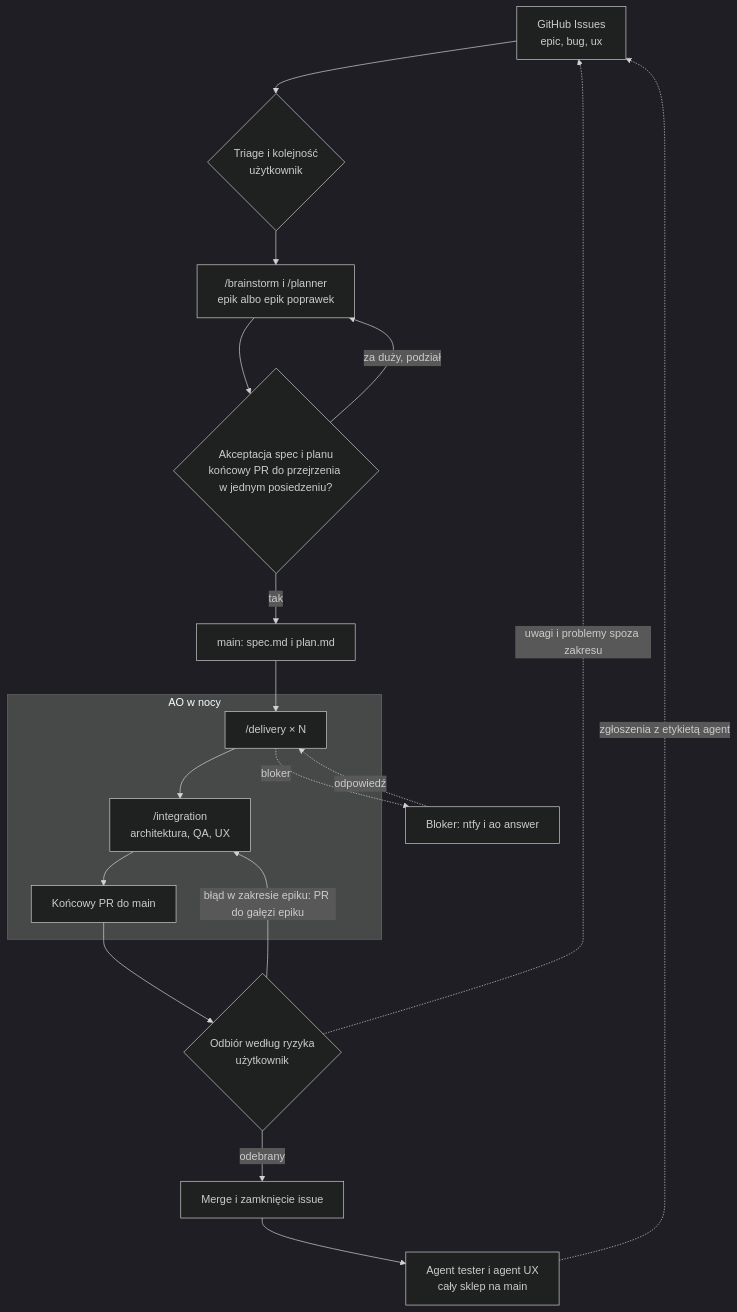
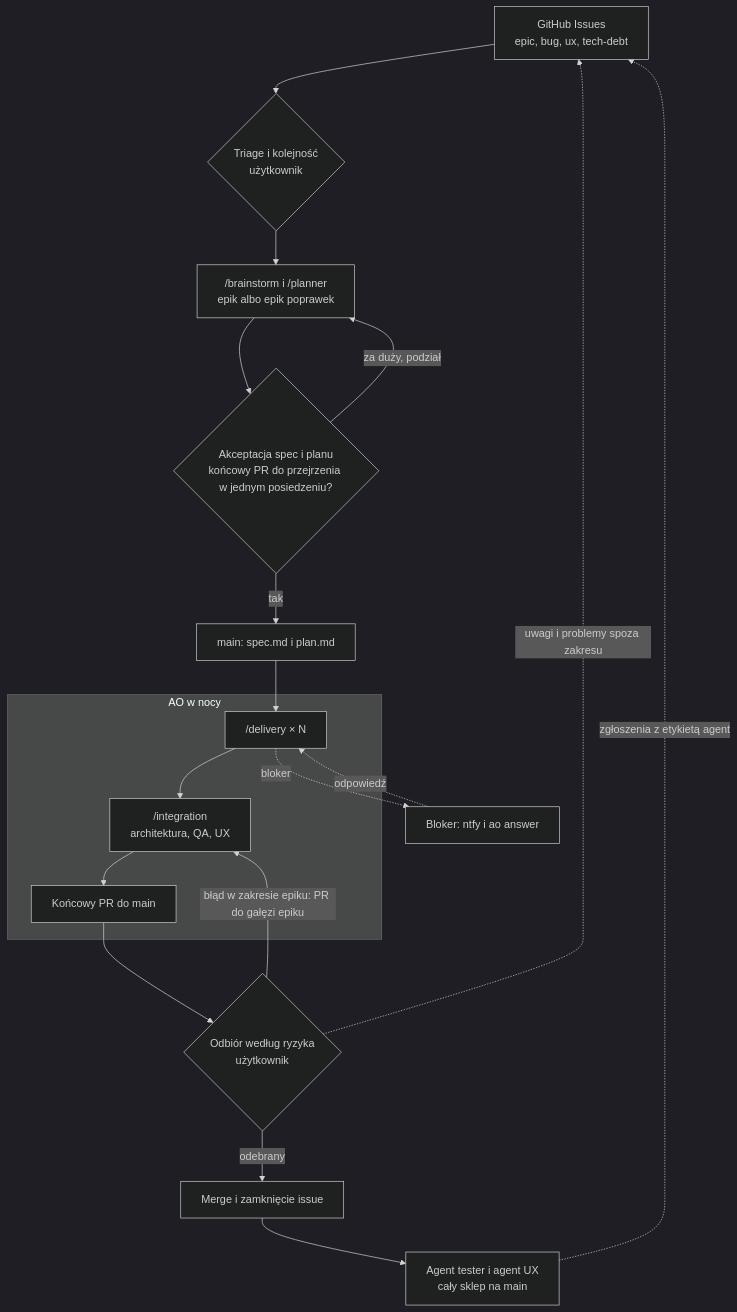
Before and after one commit to piotrp321/shop: the diagram in docs/features/agentic-software-house/plan.md, drawn with Mermaid (dark theme). The commit also changed 3 other files, not shown here.

````diff
--- a/docs/features/agentic-software-house/plan.md
+++ b/docs/features/agentic-software-house/plan.md
@@ -52,25 +52,25 @@
 ```mermaid
 flowchart TB
-    issues[GitHub Issues<br/>epic, bug, ux]
+    issues[GitHub Issues<br/>epic, bug, ux, tech-debt]
     triage{Triage i kolejność<br/>użytkownik}
     prep["/brainstorm i /planner<br/>epik albo epik poprawek"]
     accept{"Akceptacja spec i planu<br/>końcowy PR do przejrzenia w jednym posiedzeniu?"}
     onmain[main: spec.md i plan.md]
     subgraph night[AO w nocy]
         delivery["/delivery × N"] --> integration["/integration<br/>architektura, QA, UX"] --> finalpr[Końcowy PR do main]
     end
     blocker[Bloker: ntfy i ao answer]
     review{Odbiór według ryzyka<br/>użytkownik}
     merge[Merge i zamknięcie issue]
     sweep[Agent tester i agent UX<br/>cały sklep na main]
 
     issues --> triage --> prep --> accept
     accept -- za duży, podział --> prep
     accept -- tak --> onmain --> delivery
     delivery -. bloker .-> blocker -. odpowiedź .-> delivery
     finalpr --> review
     review -- błąd w zakresie epiku: PR do gałęzi epiku --> integration
     review -- odebrany --> merge --> sweep
     review -. uwagi i problemy spoza zakresu .-> issues
     sweep -. zgłoszenia z etykietą agent .-> issues
 ```
````
